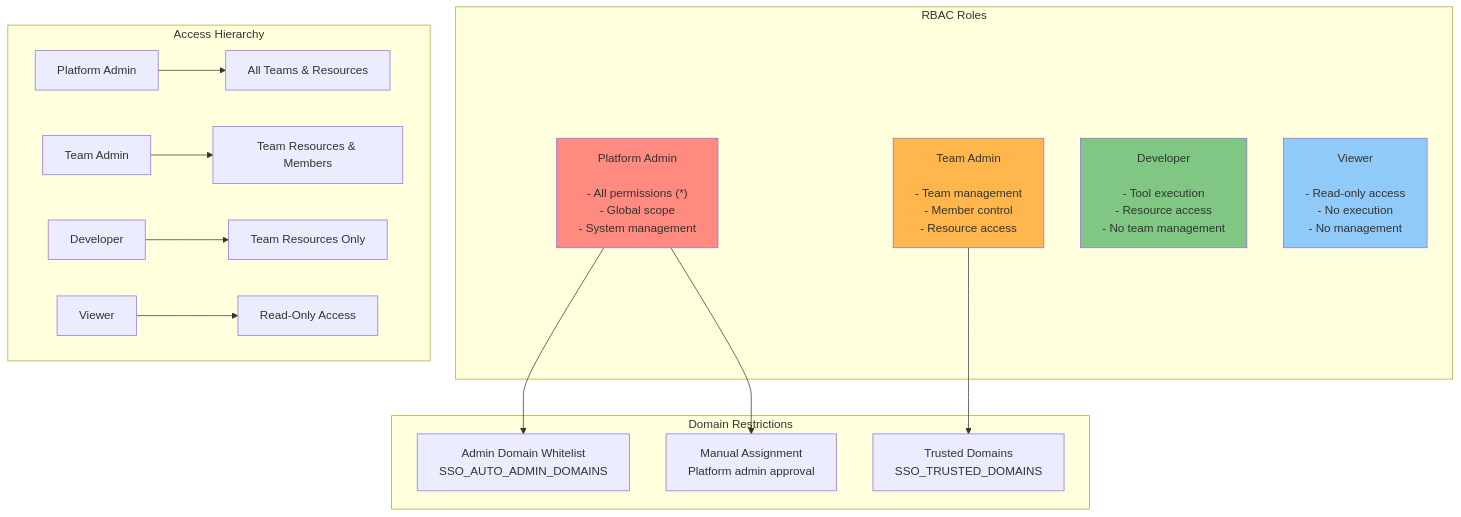
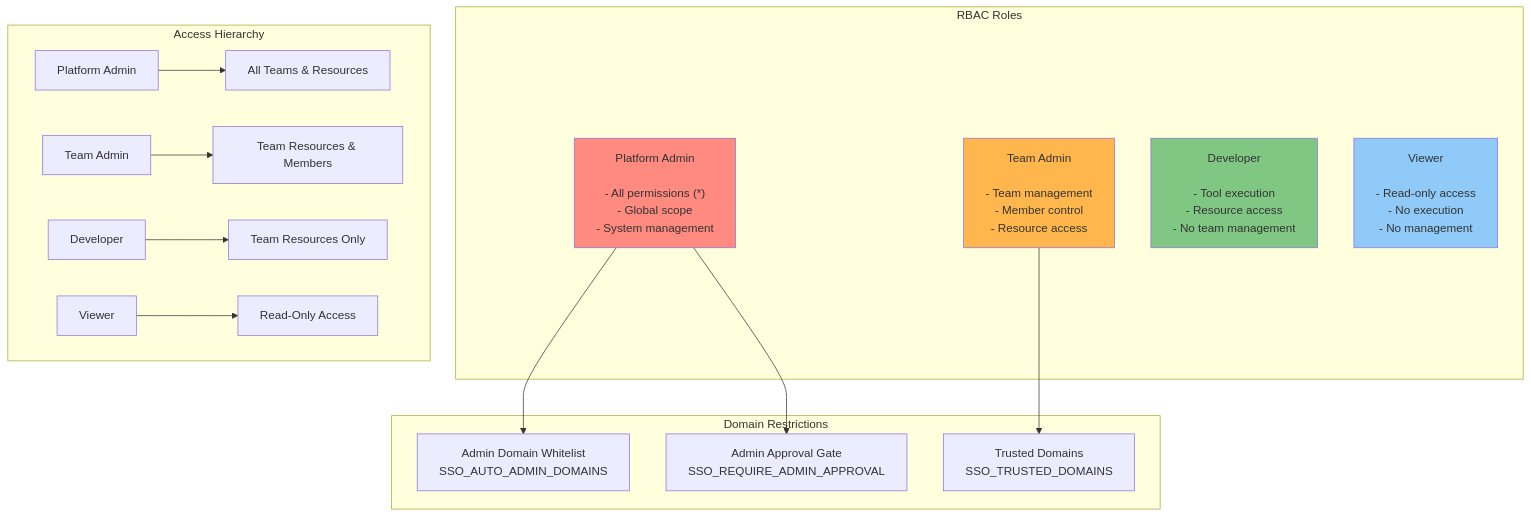
Before and after one commit to tedhabeck/mcp-context-forge: the ninth of 16 diagrams in docs/docs/architecture/multitenancy.md, drawn with Mermaid. The commit also changed other lines of this file and 147 other files, not shown here.

First line of the commit message:
docs: refresh docs formatting, links, and diagrams (#2624)

````diff
--- a/docs/docs/architecture/multitenancy.md
+++ b/docs/docs/architecture/multitenancy.md
@@ -507,50 +531,50 @@
 ```mermaid
 flowchart TD
     subgraph "RBAC Roles"
         A["Platform Admin
 
 - All permissions (*)
 - Global scope
 - System management"]
         B["Team Admin
 
 - Team management
 - Member control
 - Resource access"]
         C["Developer
 
 - Tool execution
 - Resource access
 - No team management"]
         D["Viewer
 
 - Read-only access
 - No execution
 - No management"]
     end
 
     subgraph "Domain Restrictions"
         E["Admin Domain Whitelist
 SSO_AUTO_ADMIN_DOMAINS"]
         F["Trusted Domains
 SSO_TRUSTED_DOMAINS"]
-        G["Manual Assignment
-Platform admin approval"]
+        G["Admin Approval Gate
+SSO_REQUIRE_ADMIN_APPROVAL"]
     end
 
     A --> E
     A --> G
     B --> F
 
     subgraph "Access Hierarchy"
         H[Platform Admin] --> I[All Teams & Resources]
         J[Team Admin] --> K[Team Resources & Members]
         L[Developer] --> M[Team Resources Only]
         N[Viewer] --> O[Read-Only Access]
     end
 
     style A fill:#ff8a80
     style B fill:#ffb74d
     style C fill:#81c784
     style D fill:#90caf9
 ```
````
